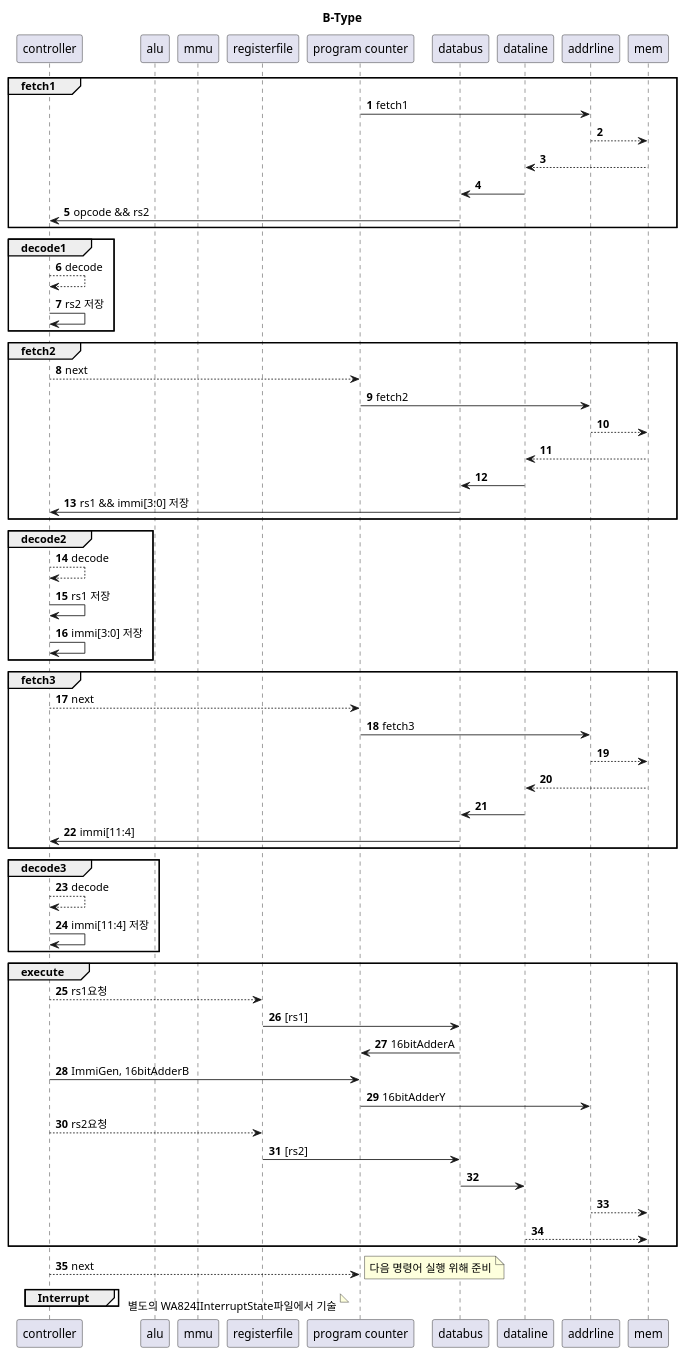
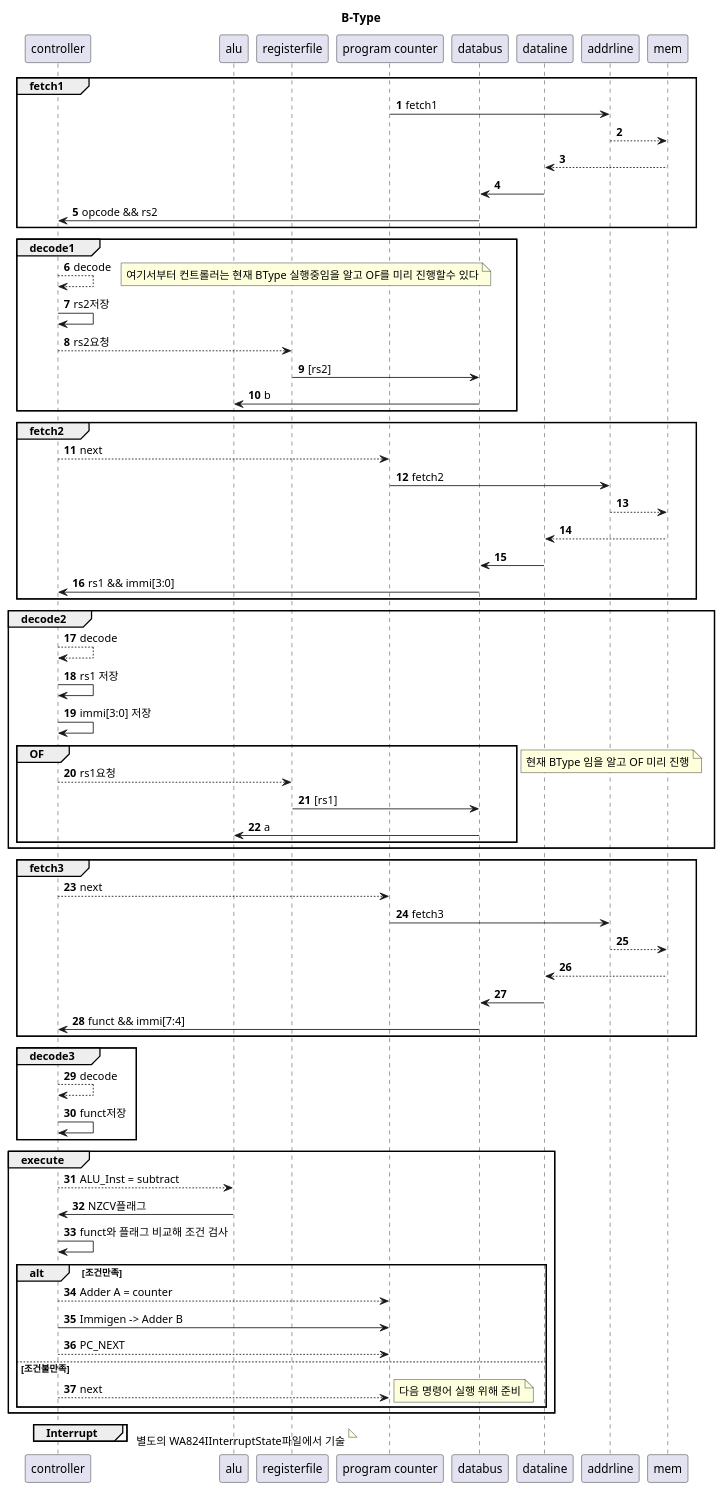
The diagram in wa824/docs/core/I/WA824IBTypeFlow.puml (BeomjunKim-3p/wach), drawn with PlantUML before and after one commit. The commit also changed 3 other files, not shown here.

Commit message:
Docs: fix control flow file

```diff
--- a/wa824/docs/core/I/WA824IBTypeFlow.puml
+++ b/wa824/docs/core/I/WA824IBTypeFlow.puml
@@ -1,75 +1,81 @@
 @startuml
 title B-Type
 autonumber
 participant controller         as ct
 participant alu                as al
-participant mmu                as mm
 participant registerfile       as rf
 participant "program counter"  as pc
 participant databus            as db
 participant dataline           as dl
-participant addrline           as ad
+participant addrline           as adl
 participant mem                as me
 
 group fetch1
-  pc -> ad : fetch1
-  ad --> me
+  pc -> adl : fetch1
+  adl --> me
   me --> dl
   dl -> db
   db -> ct : opcode && rs2
 end
 
 group decode1
   ct --> ct : decode
-  ct -> ct : rs2 저장
+  note right: 여기서부터 컨트롤러는 현재 BType 실행중임을 알고 OF를 미리 진행할수 있다
+  ct -> ct : rs2저장
+  ct --> rf : rs2요청
+  rf -> db : [rs2]
+  db -> al : b
 end
 
 group fetch2
   ct --> pc : next
-  pc -> ad : fetch2
-  ad --> me
+  pc -> adl : fetch2
+  adl --> me
   me --> dl
   dl -> db
-  db -> ct : rs1 && immi[3:0] 저장
+  db -> ct : rs1 && immi[3:0]
 end
 
 group decode2
   ct --> ct : decode
   ct -> ct : rs1 저장
   ct -> ct : immi[3:0] 저장
+  group OF
+    ct --> rf : rs1요청
+    rf -> db : [rs1]
+    db -> al : a
+  end
+  note right: 현재 BType 임을 알고 OF 미리 진행
 end
 
 group fetch3
   ct --> pc : next
-  pc -> ad : fetch3
-  ad --> me
+  pc -> adl : fetch3
+  adl --> me
   me --> dl
   dl -> db
-  db -> ct : immi[11:4]
+  db -> ct : funct && immi[7:4]
 end
 
 group decode3
   ct --> ct : decode
-  ct -> ct : immi[11:4] 저장
+  ct -> ct : funct저장
 end
-
 group execute
-  ct --> rf : rs1요청
-  rf -> db : [rs1]
-  db -> pc : 16bitAdderA
-  ct -> pc : ImmiGen, 16bitAdderB
-  pc -> ad : 16bitAdderY
-  ct --> rf: rs2요청
-  rf -> db : [rs2]
-  db -> dl
-  ad --> me
-  dl --> me
+  ct --> al : ALU_Inst = subtract
+  al -> ct : NZCV플래그
+  ct -> ct : funct와 플래그 비교해 조건 검사
+  alt 조건만족
+    ct --> pc : Adder A = counter
+    ct -> pc : Immigen -> Adder B
+    ct --> pc : PC_NEXT
+  else 조건불만족
+    ct --> pc : next
+    note right: 다음 명령어 실행 위해 준비
+  end
 end
-
-ct --> pc : next
-note right: 다음 명령어 실행 위해 준비
 
 group Interrupt
 end
 note right: 별도의 WA824IInterruptState파일에서 기술
 @enduml
```
